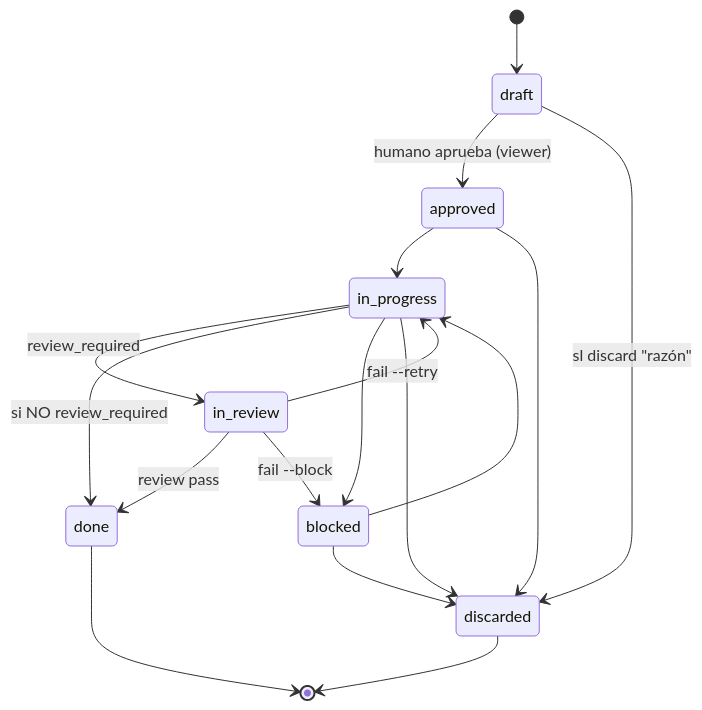
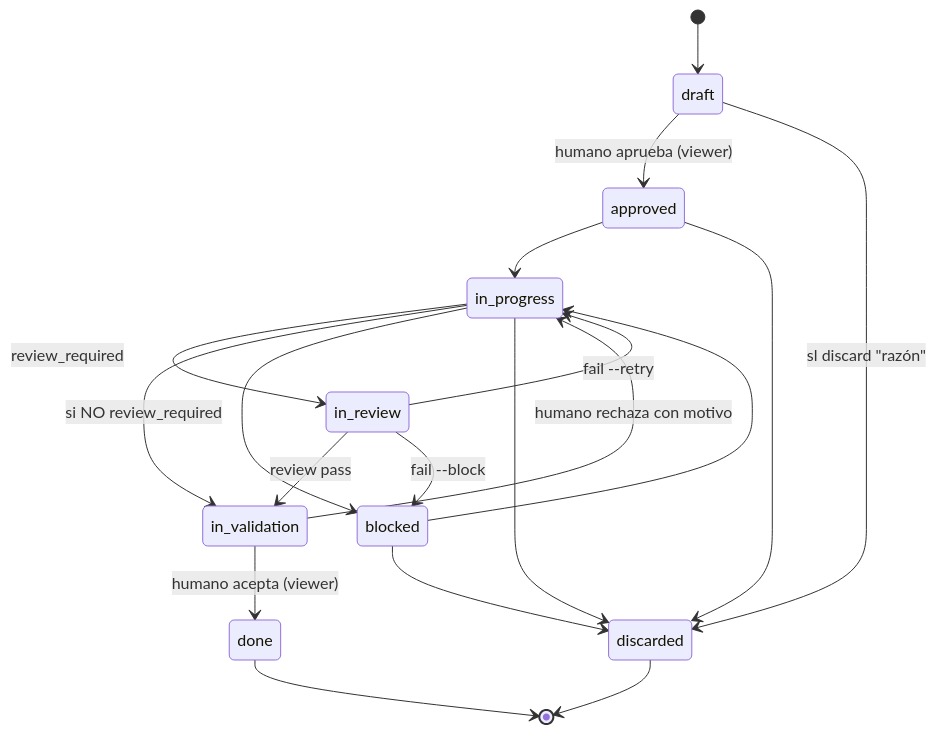
The second of 2 diagrams in .sl/specs/architecture.md (rarc88/changeledger), drawn with Mermaid before and after one commit. The commit also changed other lines of this file and 1 other file, not shown here.

Commit message:
docs(architecture): graduate validation workflow [#20260619-171002]

````diff
--- a/.sl/specs/architecture.md
+++ b/.sl/specs/architecture.md
@@ -148,19 +148,21 @@
 ```mermaid
 stateDiagram-v2
     [*] --> draft
     draft --> approved: humano aprueba (viewer)
     approved --> in_progress
     in_progress --> in_review: review_required
-    in_progress --> done: si NO review_required
+    in_progress --> in_validation: si NO review_required
     in_progress --> blocked
-    in_review --> done: review pass
+    in_review --> in_validation: review pass
     in_review --> in_progress: fail --retry
     in_review --> blocked: fail --block
+    in_validation --> done: humano acepta (viewer)
+    in_validation --> in_progress: humano rechaza con motivo
     blocked --> in_progress
     draft --> discarded: sl discard "razón"
     approved --> discarded
     in_progress --> discarded
     blocked --> discarded
     done --> [*]
     discarded --> [*]
 ```
````
